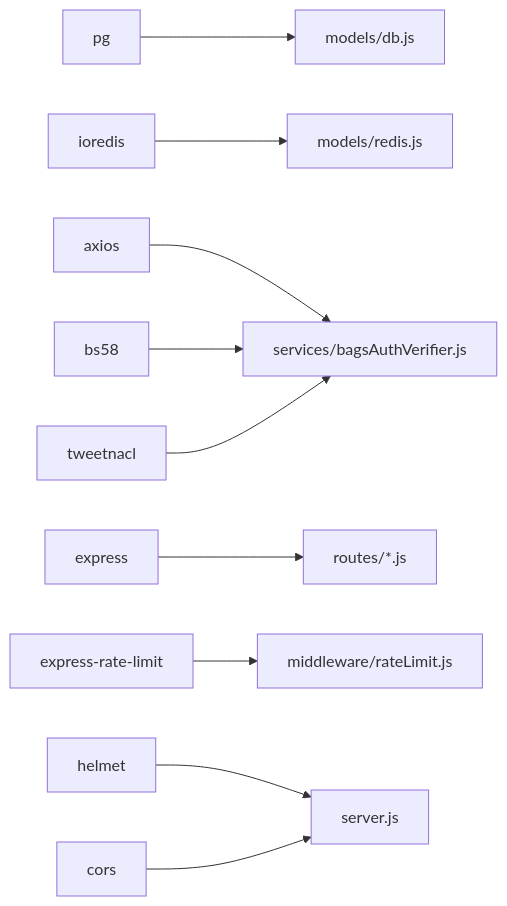
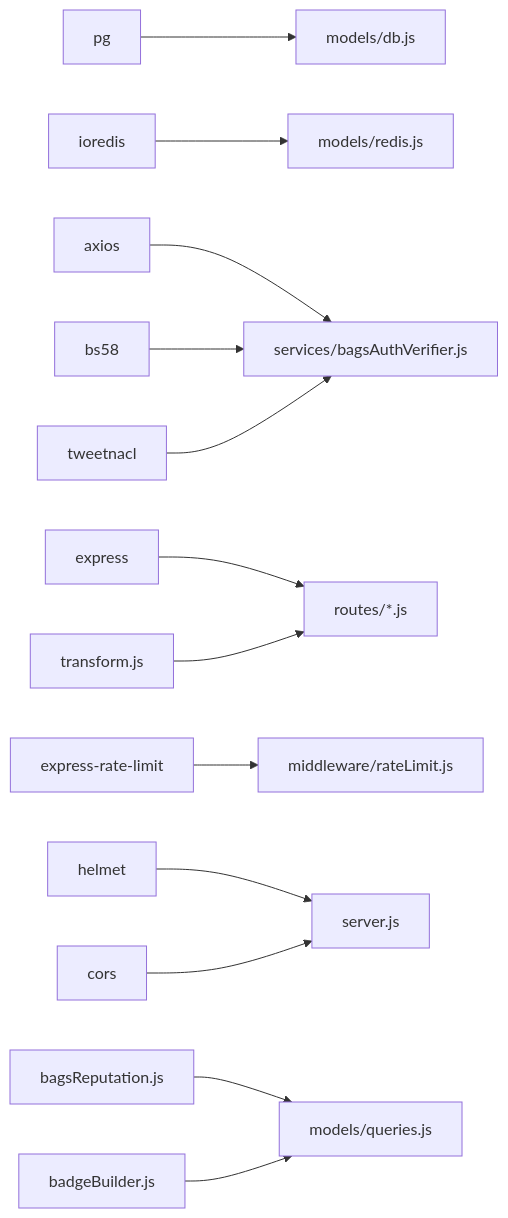
Before and after one commit to RunTimeAdmin/AgentID: the ninth of 9 diagrams in .qoder/repowiki/en/content/Database Design/Database Design.md, drawn with Mermaid. The commit also changed other lines of this file and 31 other files, not shown here.

````diff
--- a/.qoder/repowiki/en/content/Database Design/Database Design.md
+++ b/.qoder/repowiki/en/content/Database Design/Database Design.md
@@ -470,12 +591,15 @@
 ```mermaid
 graph LR
 PG["pg"] --> DBPool["models/db.js"]
 IOR["ioredis"] --> RedisClient["models/redis.js"]
 AX["axios"] --> BAV["services/bagsAuthVerifier.js"]
 BS["bs58"] --> BAV
 TN["tweetnacl"] --> BAV
 EX["express"] --> Routes["routes/*.js"]
 RLM["express-rate-limit"] --> RL["middleware/rateLimit.js"]
 HE["helmet"] --> Server["server.js"]
 CO["cors"] --> Server
+TU["transform.js"] --> Routes
+BR["bagsReputation.js"] --> Queries["models/queries.js"]
+BB["badgeBuilder.js"] --> Queries
 ```
````
